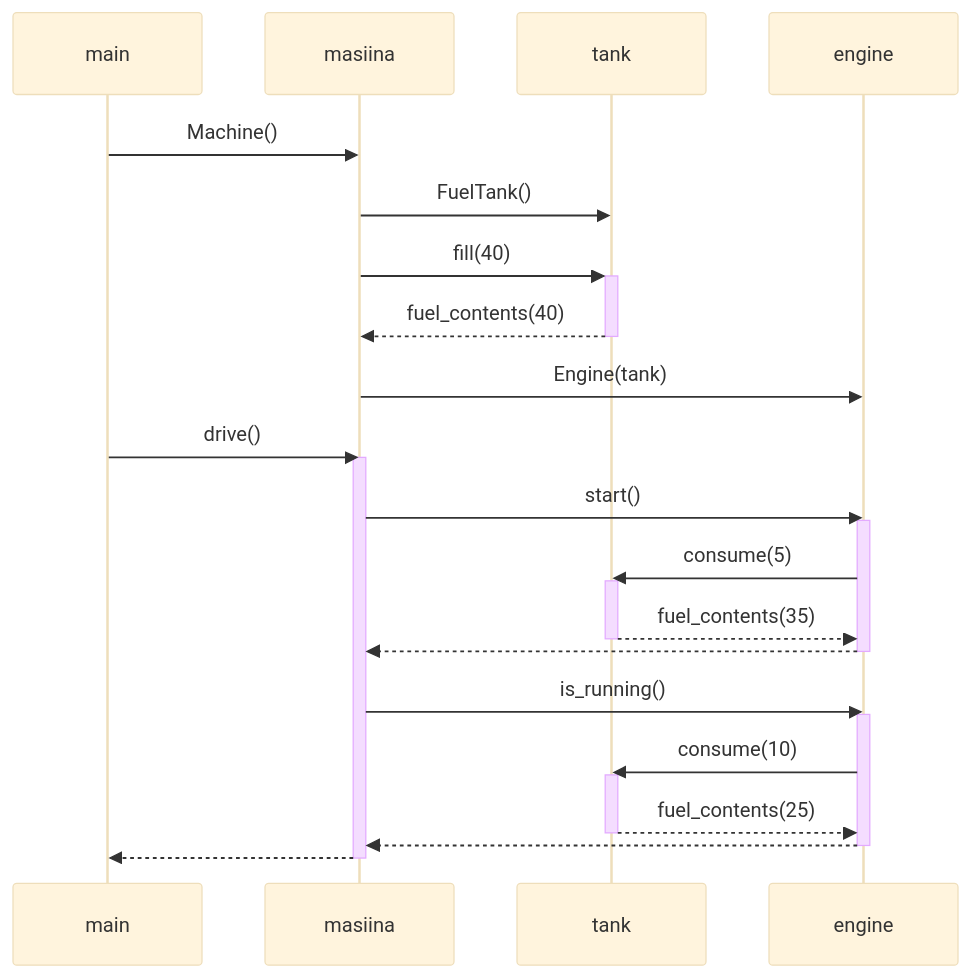
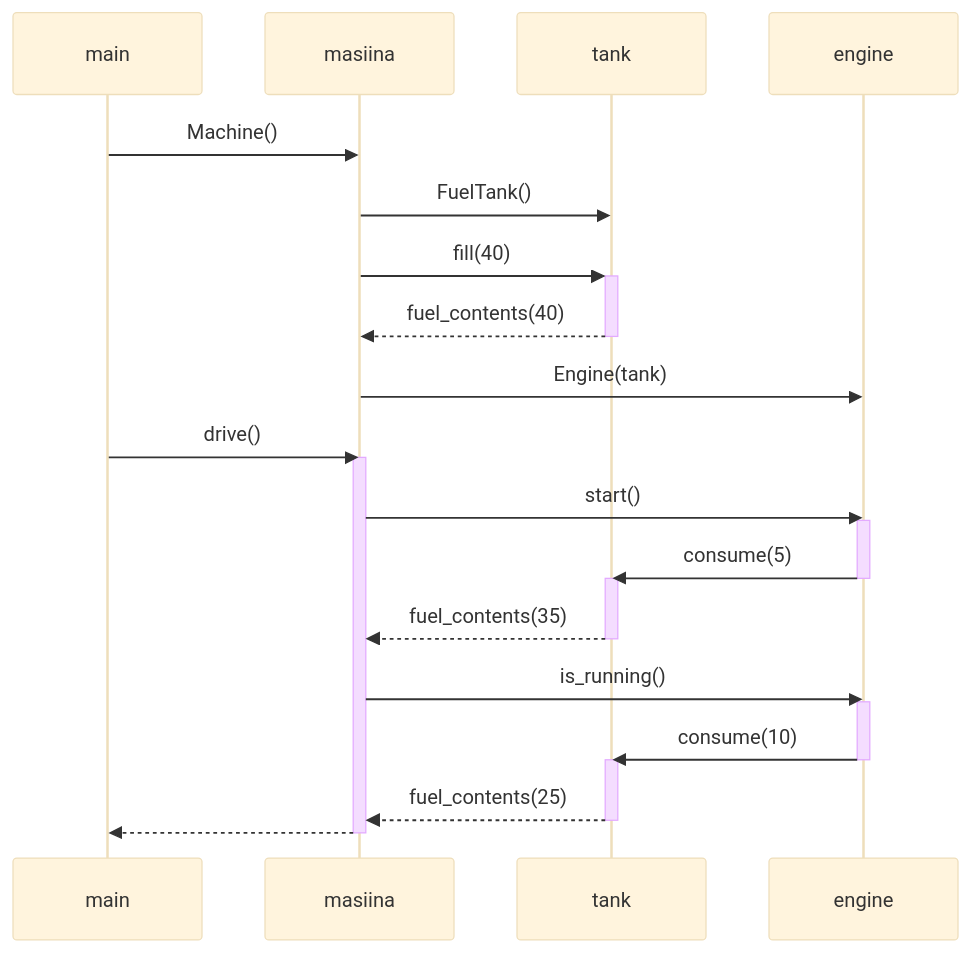
Before and after one commit to Wincewind/ot-harjoitustyo: the diagram in laskarit/viikko3/sekvenssi.md, drawn with Mermaid (base theme). The commit also changed other lines of this file, not shown here.

````diff
--- a/laskarit/viikko3/sekvenssi.md
+++ b/laskarit/viikko3/sekvenssi.md
@@ -2,30 +3,28 @@
 ```mermaid
 
 sequenceDiagram
     main->>masiina: Machine()
     masiina->>tank: FuelTank()
     masiina->>+tank: fill(40)
     tank-->>-masiina: fuel_contents(40)
     masiina->>engine: Engine(tank)
     main->>masiina: drive()
     activate masiina
     masiina->>engine: start()
     activate engine
     engine->>tank: consume(5)
     activate tank
-    tank-->>engine: fuel_contents(35)
+    deactivate engine
+    tank-->>masiina: fuel_contents(35)
     deactivate tank
-    engine-->>masiina: 
-    deactivate engine
     masiina->>engine: is_running()
     activate engine
     engine->>tank: consume(10)
     activate tank
-    tank-->>engine: fuel_contents(25)
+    deactivate engine
+    tank-->>masiina: fuel_contents(25)
     deactivate tank
-    engine-->>masiina: 
-    deactivate engine
     masiina-->>main: 
     deactivate masiina
     
 ```
````
